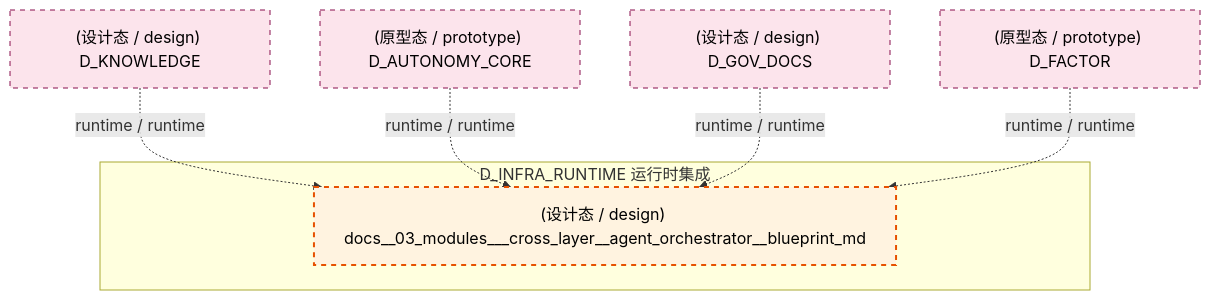
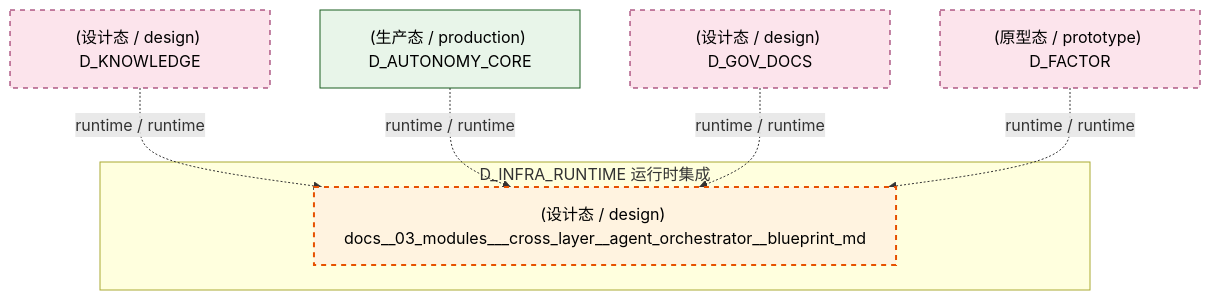
One commit to xuanFelixVan/ZephyrAlpha changed diagram 13 of 15 in docs/02_enterprise_architecture/02_domain_architecture_docs/04_d_infra_runtime.md. Above: the diagram before and after it, drawn with Mermaid. The commit also changed other lines of this file and 101 other files, not shown here.

````diff
--- a/docs/02_enterprise_architecture/02_domain_architecture_docs/04_d_infra_runtime.md
+++ b/docs/02_enterprise_architecture/02_domain_architecture_docs/04_d_infra_runtime.md
@@ -1706,20 +1706,21 @@
 ```mermaid
 graph TD
     subgraph D_INFRA_RUNTIME["D_INFRA_RUNTIME 运行时集成"]
         docs_03_modules_cross_layer_agent_orchestrator_blueprint_md["(设计态 / design) docs__03_modules___cross_layer__agent_orchestrator__blueprint_md"]
     end
     D_KNOWLEDGE["(设计态 / design) D_KNOWLEDGE"]
     D_KNOWLEDGE -.->|runtime / runtime| docs_03_modules_cross_layer_agent_orchestrator_blueprint_md
-    D_AUTONOMY_CORE["(原型态 / prototype) D_AUTONOMY_CORE"]
+    D_AUTONOMY_CORE["(生产态 / production) D_AUTONOMY_CORE"]
     D_AUTONOMY_CORE -.->|runtime / runtime| docs_03_modules_cross_layer_agent_orchestrator_blueprint_md
     D_GOV_DOCS["(设计态 / design) D_GOV_DOCS"]
     D_GOV_DOCS -.->|runtime / runtime| docs_03_modules_cross_layer_agent_orchestrator_blueprint_md
     D_FACTOR["(原型态 / prototype) D_FACTOR"]
     D_FACTOR -.->|runtime / runtime| docs_03_modules_cross_layer_agent_orchestrator_blueprint_md
     classDef production fill:#e1f5fe,stroke:#01579b,stroke-width:2px,color:#000
     classDef design fill:#fff3e0,stroke:#e65100,stroke-width:2px,color:#000,stroke-dasharray: 5 5
     classDef external_prod fill:#e8f5e9,stroke:#1b5e20,stroke-width:1px,color:#000
     classDef external_design fill:#fce4ec,stroke:#880e4f,stroke-width:1px,color:#000,stroke-dasharray: 5 5
     class docs_03_modules_cross_layer_agent_orchestrator_blueprint_md design
-    class D_KNOWLEDGE,D_AUTONOMY_CORE,D_GOV_DOCS,D_FACTOR external_design
+    class D_AUTONOMY_CORE external_prod
+    class D_KNOWLEDGE,D_GOV_DOCS,D_FACTOR external_design
 ```
````
